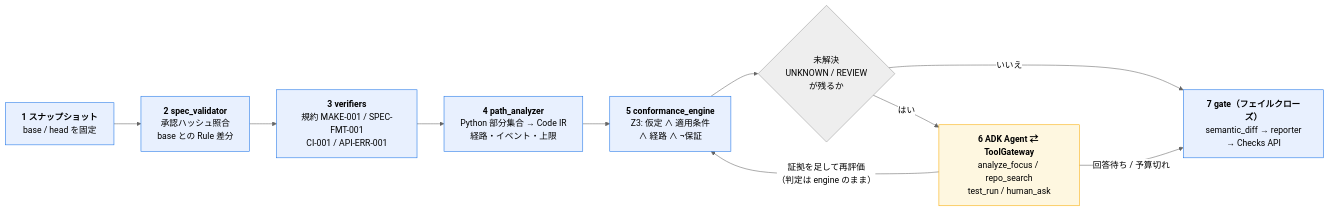
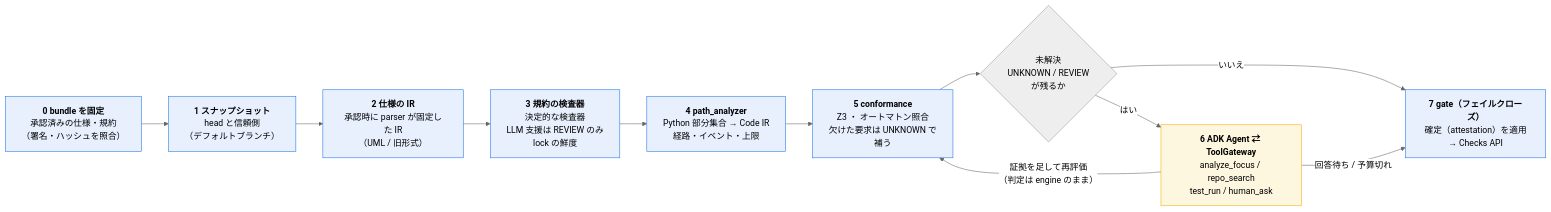
One commit to tanabe-yudai/speclino changed the diagram in design/pipeline.mmd. Above: the diagram before and after it, drawn with Mermaid (neutral theme). The commit also changed 12 other files, not shown here.

```diff
--- a/design/pipeline.mmd
+++ b/design/pipeline.mmd
@@ -1,20 +1,21 @@
 flowchart LR
-  S1["<b>1 スナップショット</b><br/>base / head を固定"]
-  S2["<b>2 spec_validator</b><br/>承認ハッシュ照合<br/>base との Rule 差分"]
-  S3["<b>3 verifiers</b><br/>規約 MAKE-001 / SPEC-FMT-001<br/>CI-001 / API-ERR-001"]
+  S0["<b>0 bundle を固定</b><br/>承認済みの仕様・規約<br/>（署名・ハッシュを照合）"]
+  S1["<b>1 スナップショット</b><br/>head と信頼側<br/>（デフォルトブランチ）"]
+  S2["<b>2 仕様の IR</b><br/>承認時に parser が固定した IR<br/>（UML / 旧形式）"]
+  S3["<b>3 規約の検査器</b><br/>決定的な検査器<br/>LLM 支援は REVIEW のみ<br/>lock の鮮度"]
   S4["<b>4 path_analyzer</b><br/>Python 部分集合 → Code IR<br/>経路・イベント・上限"]
-  S5["<b>5 conformance_engine</b><br/>Z3: 仮定 ∧ 適用条件<br/>∧ 経路 ∧ ¬保証"]
+  S5["<b>5 conformance</b><br/>Z3 ・ オートマトン照合<br/>欠けた要求は UNKNOWN で補う"]
   S6{"未解決<br/>UNKNOWN / REVIEW<br/>が残るか"}
   S7["<b>6 ADK Agent ⇄ ToolGateway</b><br/>analyze_focus / repo_search<br/>test_run / human_ask"]
-  S8["<b>7 gate（フェイルクローズ）</b><br/>semantic_diff → reporter<br/>→ Checks API"]
+  S8["<b>7 gate（フェイルクローズ）</b><br/>確定（attestation）を適用<br/>→ Checks API"]
 
-  S1 --> S2 --> S3 --> S4 --> S5 --> S6
+  S0 --> S1 --> S2 --> S3 --> S4 --> S5 --> S6
   S6 -- "いいえ" --> S8
   S6 -- "はい" --> S7
   S7 -- "証拠を足して再評価<br/>（判定は engine のまま）" --> S5
   S7 -- "回答待ち / 予算切れ" --> S8
 
   classDef deterministic fill:#e8f0fe,stroke:#1a73e8
   classDef agent fill:#fef7e0,stroke:#f9ab00
-  class S1,S2,S3,S4,S5,S8 deterministic
+  class S0,S1,S2,S3,S4,S5,S8 deterministic
   class S7 agent
```
